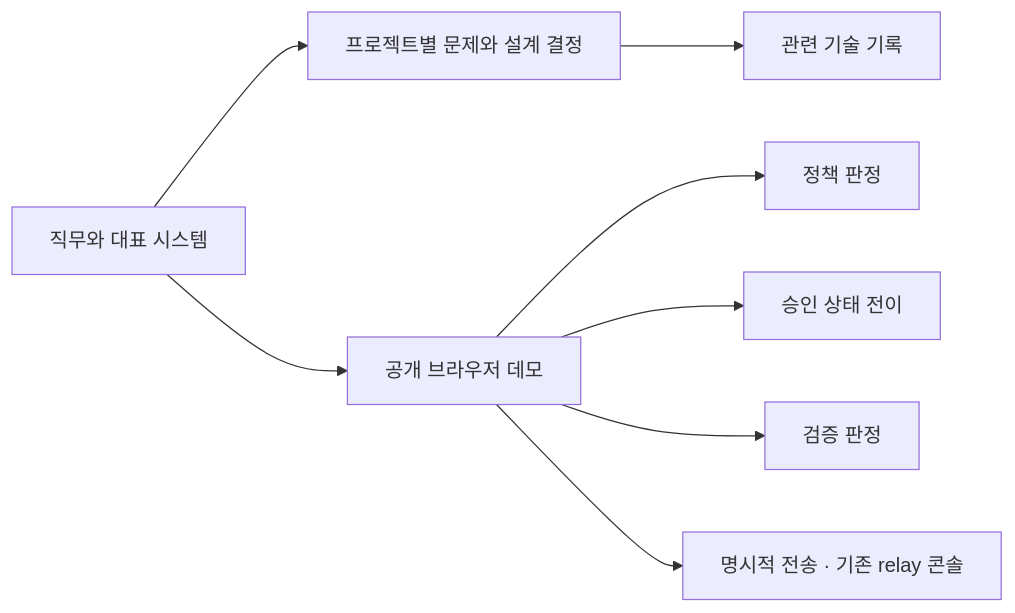
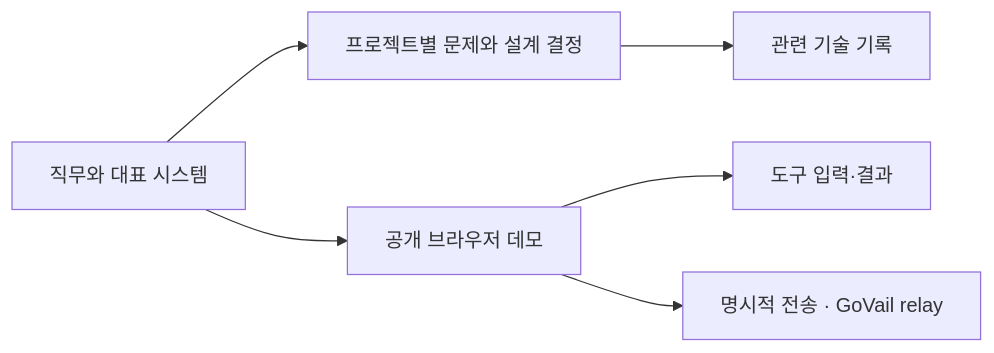
Before and after one commit to devcy0922/devcy0922.github.io: the first of 2 diagrams in architecture.md, drawn with Mermaid. The commit also changed other lines of this file and 18 other files, not shown here.

````diff
--- a/architecture.md
+++ b/architecture.md
@@ -16,10 +16,8 @@
 ```mermaid
 flowchart LR
     Home[직무와 대표 시스템] --> Cases[프로젝트별 문제와 설계 결정]
     Home --> Lab[공개 브라우저 데모]
-    Lab --> Policy[정책 판정]
-    Lab --> Approval[승인 상태 전이]
-    Lab --> Evidence[검증 판정]
-    Lab --> Live[명시적 전송 · 기존 relay 콘솔]
+    Lab --> Tools[도구 입력·결과]
+    Lab --> Live[명시적 전송 · GoVail relay]
     Cases --> Notes[관련 기술 기록]
 ```
````
